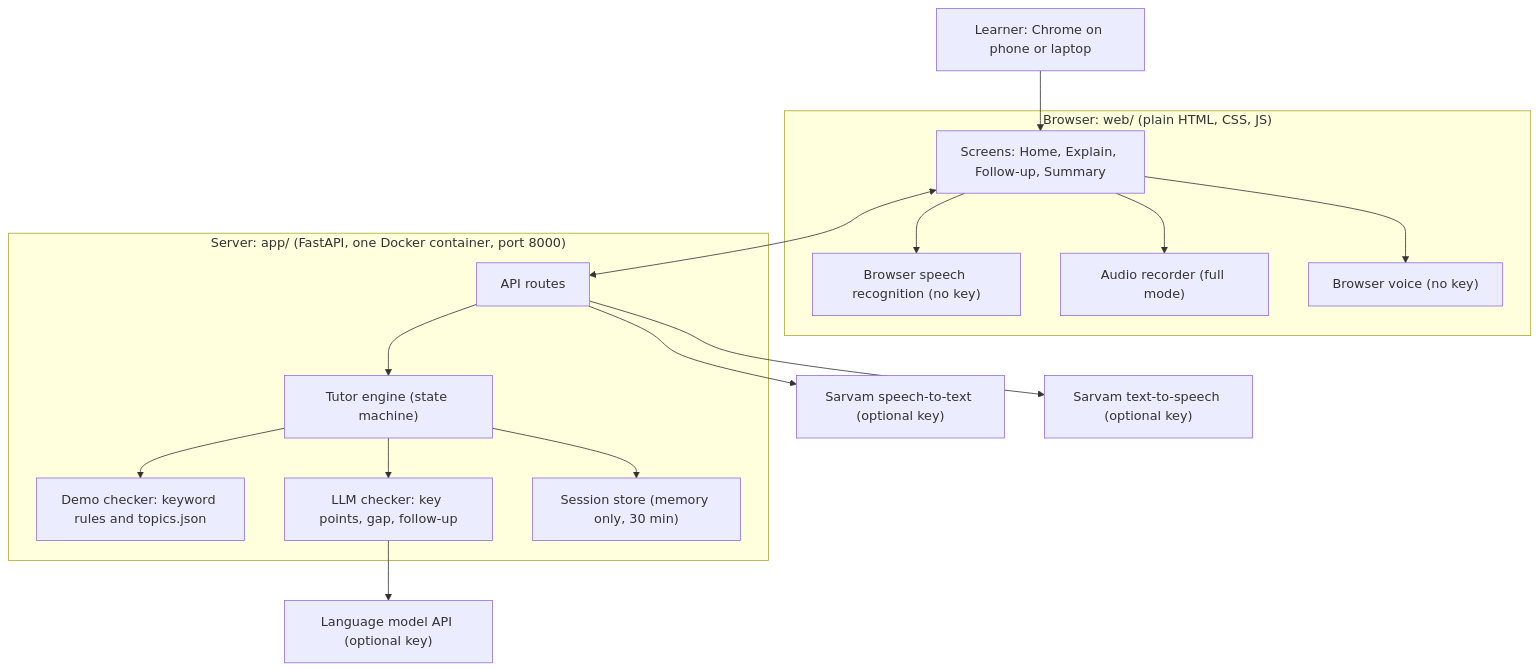
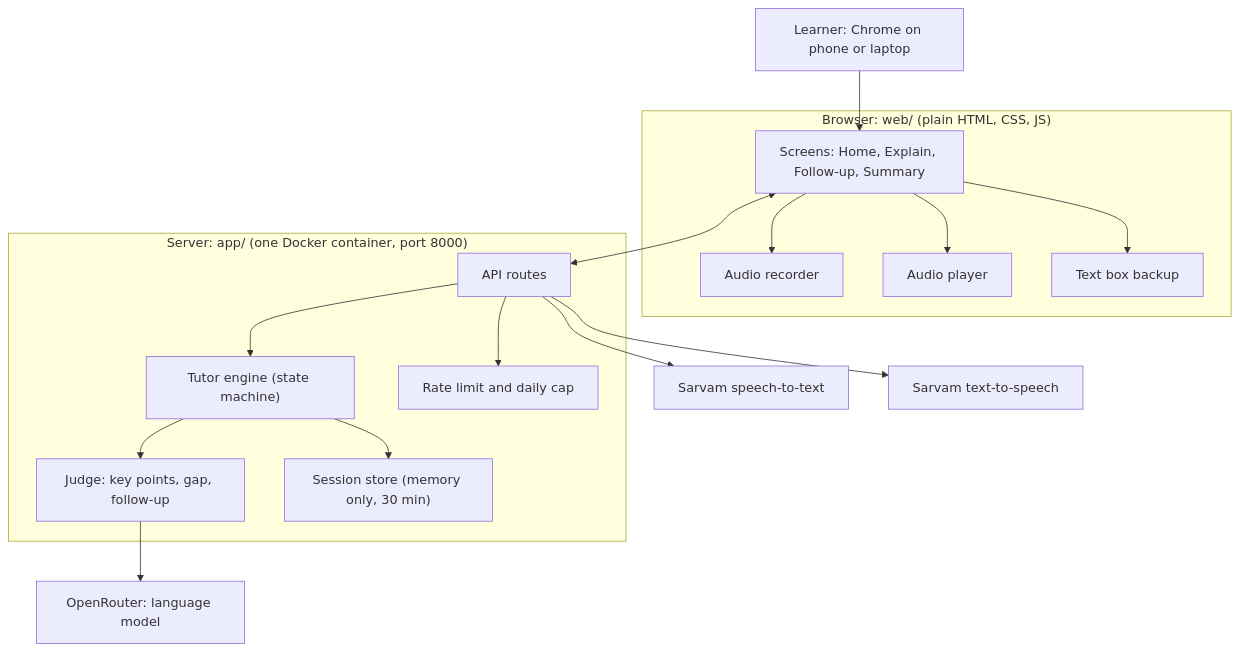
The first of 2 diagrams in HANDOVER.md (imajokin/samjhao), drawn with Mermaid before and after one commit. The commit also changed other lines of this file and 1 other file, not shown here.

````diff
--- a/HANDOVER.md
+++ b/HANDOVER.md
@@ -158,32 +176,32 @@
 ```mermaid
 flowchart TD
     L["Learner: Chrome on phone or laptop"]
     subgraph B["Browser: web/ (plain HTML, CSS, JS)"]
         UI["Screens: Home, Explain, Follow-up, Summary"]
-        BSTT["Browser speech recognition (no key)"]
-        REC["Audio recorder (full mode)"]
-        BTTS["Browser voice (no key)"]
+        REC["Audio recorder"]
+        PLAY["Audio player"]
+        TXT["Text box backup"]
     end
-    subgraph S["Server: app/ (FastAPI, one Docker container, port 8000)"]
+    subgraph S["Server: app/ (one Docker container, port 8000)"]
         API["API routes"]
         ENG["Tutor engine (state machine)"]
-        DEMO["Demo checker: keyword rules and topics.json"]
-        LLMC["LLM checker: key points, gap, follow-up"]
+        JUDGE["Judge: key points, gap, follow-up"]
         STORE["Session store (memory only, 30 min)"]
+        LIM["Rate limit and daily cap"]
     end
-    SSTT["Sarvam speech-to-text (optional key)"]
-    LLM["Language model API (optional key)"]
-    STTS["Sarvam text-to-speech (optional key)"]
+    SSTT["Sarvam speech-to-text"]
+    OR["OpenRouter: language model"]
+    STTS["Sarvam text-to-speech"]
     L --> UI
-    UI --> BSTT
     UI --> REC
-    UI --> BTTS
+    UI --> PLAY
+    UI --> TXT
     UI <--> API
+    API --> LIM
     API --> ENG
-    ENG --> DEMO
-    ENG --> LLMC
+    ENG --> JUDGE
     ENG --> STORE
     API --> SSTT
-    LLMC --> LLM
+    JUDGE --> OR
     API --> STTS
 ```
````
